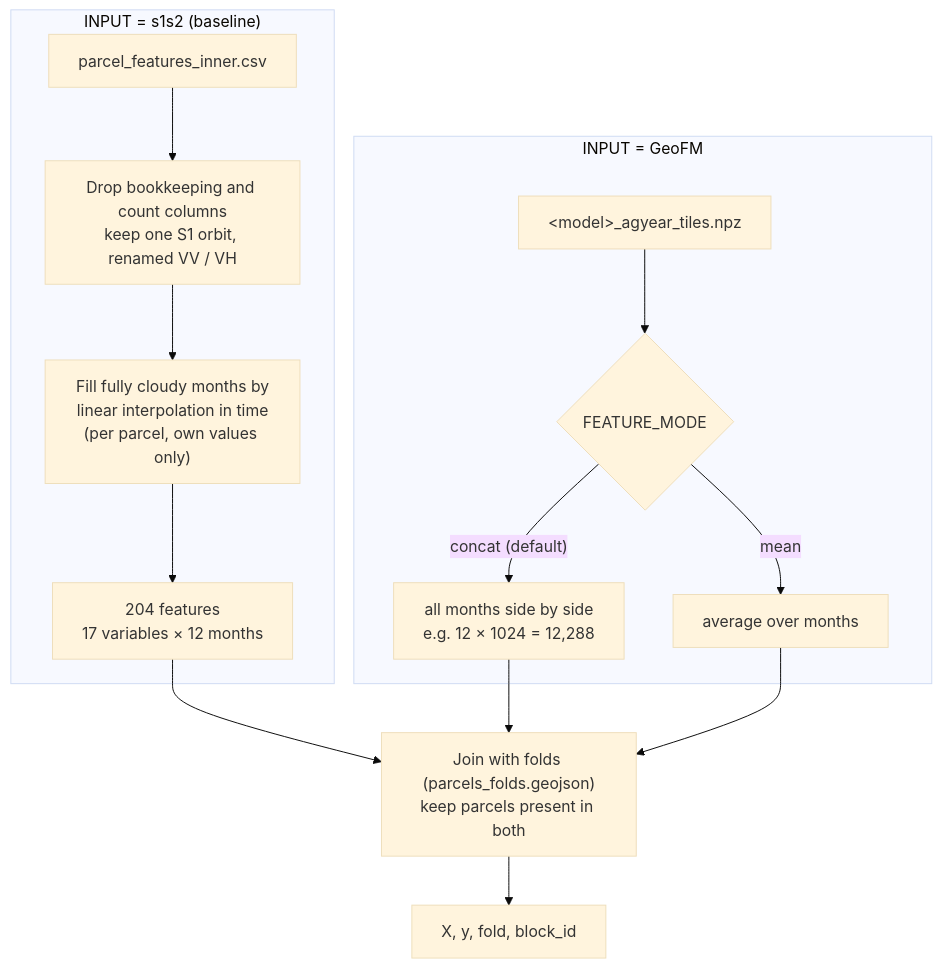
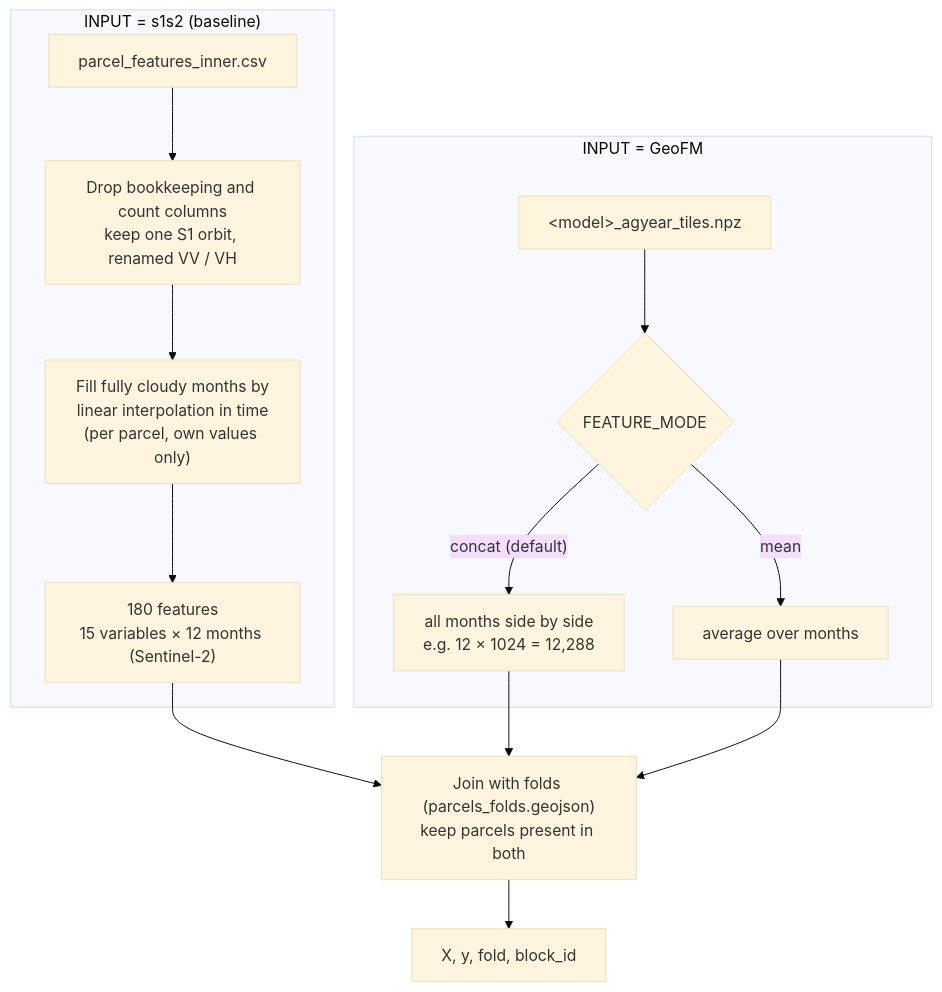
One commit to amanchry/irrimapping-geofm changed the sixth of 9 diagrams in docs/phase2_models/frozen_encoders.md. Above: the diagram before and after it, drawn with Mermaid (base theme). The commit also changed other lines of this file and 30 other files, not shown here.

````diff
--- a/docs/phase2_models/frozen_encoders.md
+++ b/docs/phase2_models/frozen_encoders.md
@@ -198,17 +271,17 @@
 ```mermaid
 flowchart TD
     subgraph BASE["INPUT = s1s2 (baseline)"]
         A1["parcel_features_inner.csv"] --> A2["Drop bookkeeping and count columns<br/>keep one S1 orbit, renamed VV / VH"]
         A2 --> A3["Fill fully cloudy months by<br/>linear interpolation in time<br/>(per parcel, own values only)"]
-        A3 --> A4["204 features<br/>17 variables × 12 months"]
+        A3 --> A4["180 features<br/>15 variables × 12 months (Sentinel-2)"]
     end
     subgraph EMB["INPUT = GeoFM"]
         B1["&lt;model&gt;_agyear_tiles.npz"] --> B2{"FEATURE_MODE"}
         B2 -->|"concat (default)"| B3["all months side by side<br/>e.g. 12 × 1024 = 12,288"]
         B2 -->|"mean"| B4["average over months"]
     end
     A4 --> J["Join with folds (parcels_folds.geojson)<br/>keep parcels present in both"]
     B3 --> J
     B4 --> J
     J --> X["X, y, fold, block_id"]
 ```
````
